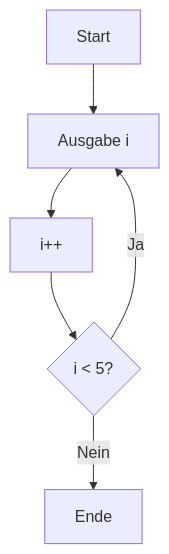
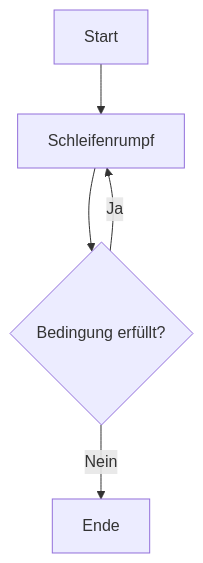
The third of 3 diagrams in notes/2025/Programmiertechnik/PAS/2025-09-22_Programmiertechnik_PAS_kopf-und-fussgesteuerte-schleifen-in-java.md (seanconroy-dev/FIAE_Umschulung_Notes), drawn with Mermaid before and after one commit. The commit also changed other lines of this file, not shown here.

````diff
--- a/notes/2025/Programmiertechnik/PAS/2025-09-22_Programmiertechnik_PAS_kopf-und-fussgesteuerte-schleifen-in-java.md
+++ b/notes/2025/Programmiertechnik/PAS/2025-09-22_Programmiertechnik_PAS_kopf-und-fussgesteuerte-schleifen-in-java.md
@@ -209,8 +430,7 @@
 ```mermaid
 flowchart TD
-    A[Start] --> B[Ausgabe i]
-    B --> C[i++]
-    C --> D{i < 5?}
-    D -- Ja --> B
-    D -- Nein --> E[Ende]
+    A[Start] --> B[Schleifenrumpf]
+    B --> C{Bedingung erfüllt?}
+    C -- Ja --> B
+    C -- Nein --> D[Ende]
 ```
````
